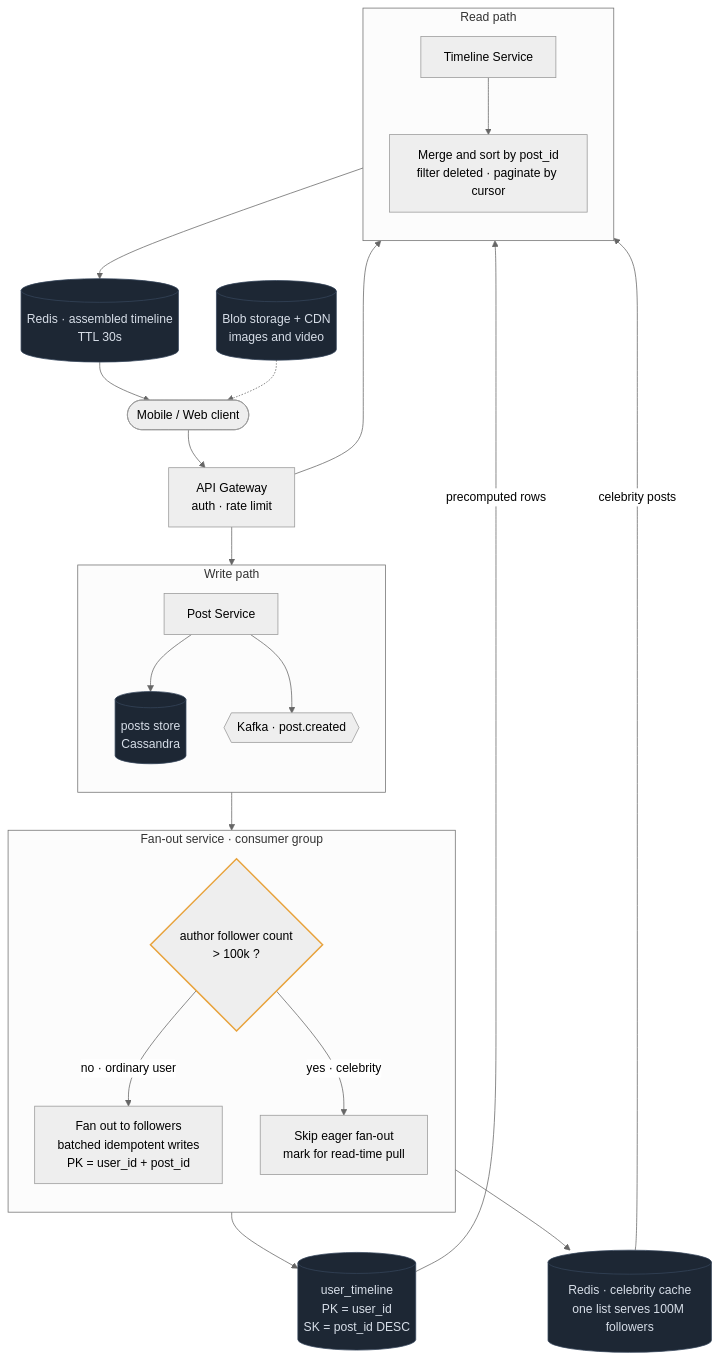
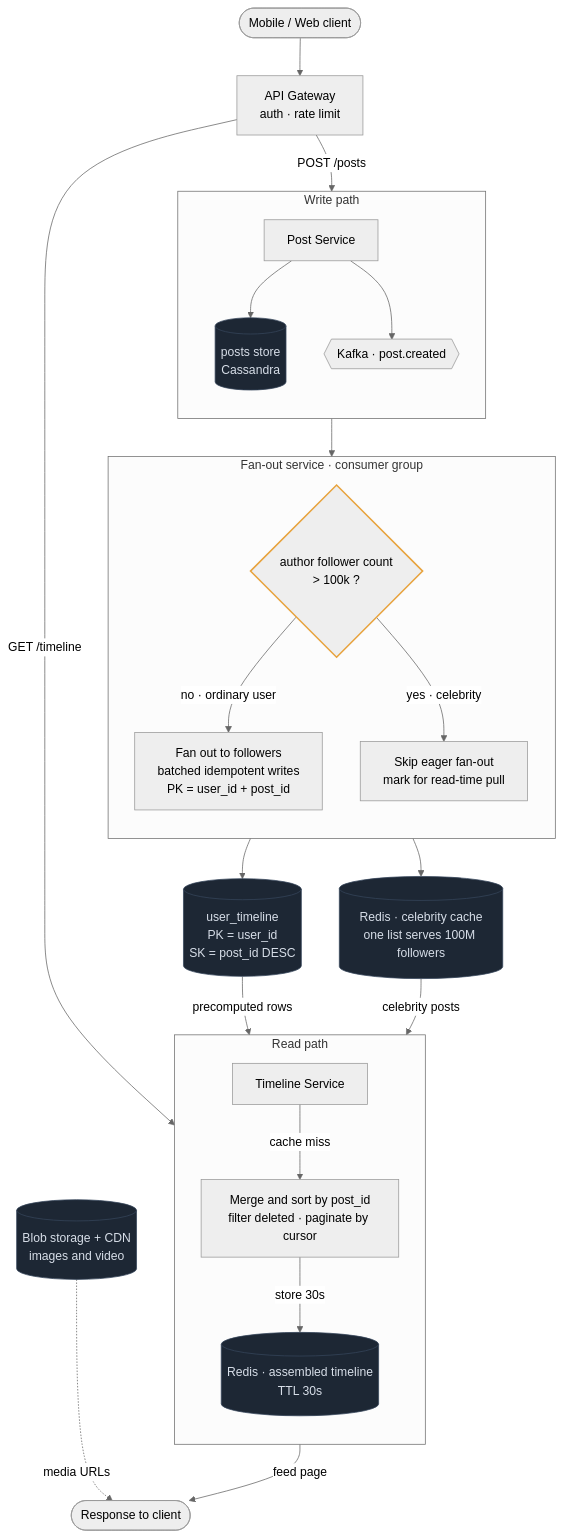
One commit to mertkahyaoglu/atlas changed the diagram in content/designs/01-twitter-instagram-feed.md. Above: the diagram before and after it, drawn with Mermaid (neutral theme). The commit also changed other lines of this file and 27 other files, not shown here.

First line of the commit message:
Diagram tooltips, design frontmatter panels, clearer architecture diagrams

````diff
--- a/content/designs/01-twitter-instagram-feed.md
+++ b/content/designs/01-twitter-instagram-feed.md
@@ -74,53 +110,51 @@
 ```mermaid
 flowchart TB
-    Client([Mobile / Web client])
-    GW[API Gateway<br/>auth · rate limit]
-    Client --> GW
+    Client([Mobile / Web client]) --> GW[API Gateway<br/>auth · rate limit]
+    GW -- "POST /posts" --> PostSvc
+    GW -- "GET /timeline" --> Timeline
 
     subgraph WRITE ["Write path"]
         direction TB
         PostSvc[Post Service]
         PostStore[(posts store<br/>Cassandra)]
         Bus{{"Kafka · post.created"}}
         PostSvc --> PostStore
         PostSvc --> Bus
     end
 
     subgraph FANOUT ["Fan-out service · consumer group"]
         direction TB
         Decide{"author follower count<br/>> 100k ?"}
         Eager["Fan out to followers<br/>batched idempotent writes<br/>PK = user_id + post_id"]
         Skip["Skip eager fan-out<br/>mark for read-time pull"]
         Decide -- "no · ordinary user" --> Eager
         Decide -- "yes · celebrity" --> Skip
     end
+    Bus --> Decide
+    Eager --> Feed[("user_timeline<br/>PK = user_id<br/>SK = post_id DESC")]
+    Skip --> CelebCache[("Redis · celebrity cache<br/>one list serves 100M followers")]
 
     subgraph READ ["Read path"]
         direction TB
         Timeline[Timeline Service]
+        TimelineCache[("Redis · assembled timeline<br/>TTL 30s")]
         Merge["Merge and sort by post_id<br/>filter deleted · paginate by cursor"]
-        Timeline --> Merge
+        Timeline -- "cache miss" --> Merge
+        Merge -- "store 30s" --> TimelineCache
     end
-
-    Feed[("user_timeline<br/>PK = user_id<br/>SK = post_id DESC")]
-    CelebCache[("Redis · celebrity cache<br/>one list serves 100M followers")]
-    TimelineCache[("Redis · assembled timeline<br/>TTL 30s")]
-    Media[("Blob storage + CDN<br/>images and video")]
-
-    GW --> PostSvc
-    GW --> Timeline
-    Bus --> Decide
-    Eager --> Feed
-    Skip --> CelebCache
-
     Feed -- "precomputed rows" --> Merge
     CelebCache -- "celebrity posts" --> Merge
-    Merge --> TimelineCache
-    TimelineCache --> Client
-    Media -.-> Client
+    TimelineCache -- "feed page" --> Resp([Response to client])
+    Media[("Blob storage + CDN<br/>images and video")] -. "media URLs" .-> Resp
 
     classDef store fill:#1d2734,stroke:#35455a,color:#d7dee8
     classDef hot stroke:#e8a33d,stroke-width:2px
     class PostStore,Feed,CelebCache,TimelineCache,Media store
     class Decide hot
+
+    click Bus href "/docs/05-async-messaging-and-event-driven" "Role: decouples posting from fan-out so the write returns immediately.<br/>Trade-off: followers see the post seconds later, and consumers must be idempotent."
+    click Skip href "/docs/06-fanout-and-feeds" "Role: celebrity posts are not copied into millions of timelines.<br/>Trade-off: every read must merge those posts in, which moves work to read time."
+    click CelebCache href "/docs/04-caching" "Role: one hot list per celebrity, shared by all of their followers at read time.<br/>Trade-off: extremely hot keys that need replication and careful invalidation."
+    click TimelineCache href "/docs/04-caching" "Role: serves the fully merged home feed without recomputing it.<br/>Trade-off: up to 30s stale, so a brand-new post may not show immediately."
+    click Media href "/docs/09-specialized-building-blocks" "Role: serves images and video from the edge, never through app servers.<br/>Trade-off: egress cost and slow invalidation, so deletes take time to disappear."
 ```
````
